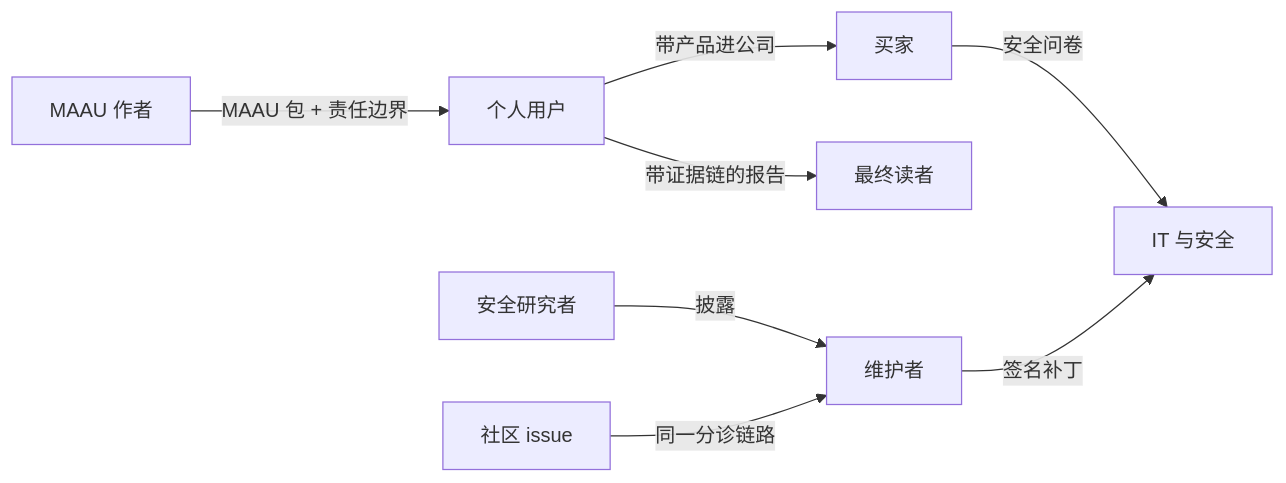
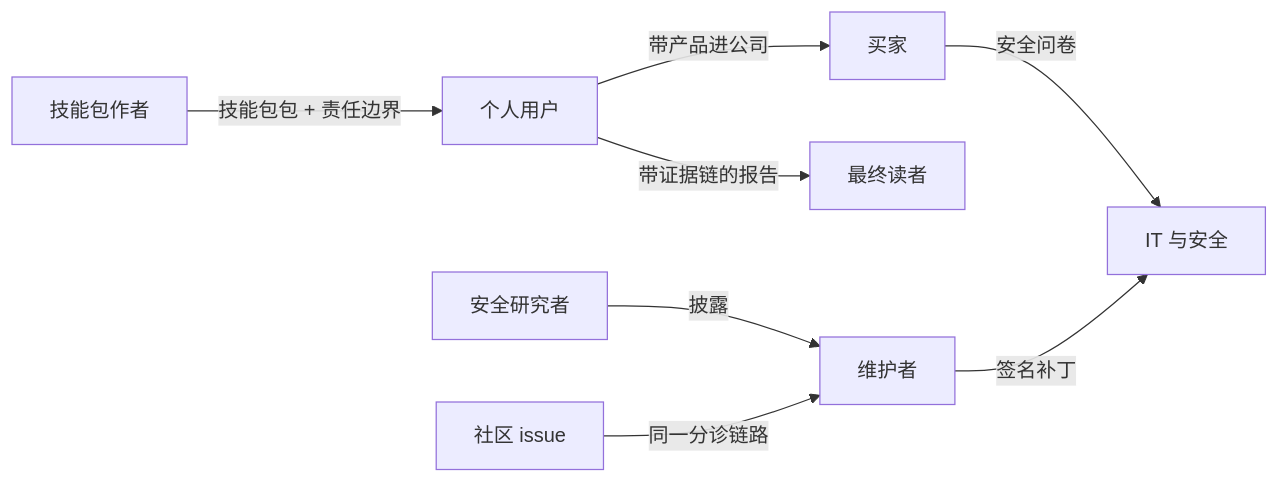
One commit to boardx/workspacex changed the second of 2 diagrams in docs/research/open-source-business-model.md. Above: the diagram before and after it, drawn with Mermaid. The commit also changed other lines of this file and 6 other files, not shown here.

Commit message:
docs(research): 运营平面数据边界分三层 + 超级实例结构设计（D14 既是也不是）+ 实施 backlog 并行图 + 两个叫法统一与词汇门控（v32.6） (#3888)

````diff
--- a/docs/research/open-source-business-model.md
+++ b/docs/research/open-source-business-model.md
@@ -355,10 +433,10 @@
 ```mermaid
 flowchart LR
     U["个人用户"] -->|"带产品进公司"| B["买家"]
     B -->|"安全问卷"| IT["IT 与安全"]
     U -->|"带证据链的报告"| R["最终读者"]
-    A["MAAU 作者"] -->|"MAAU 包 + 责任边界"| U
+    A["技能包作者"] -->|"技能包包 + 责任边界"| U
     S["安全研究者"] -->|"披露"| M["维护者"]
     M -->|"签名补丁"| IT
     C["社区 issue"] -->|"同一分诊链路"| M
 ```
````
